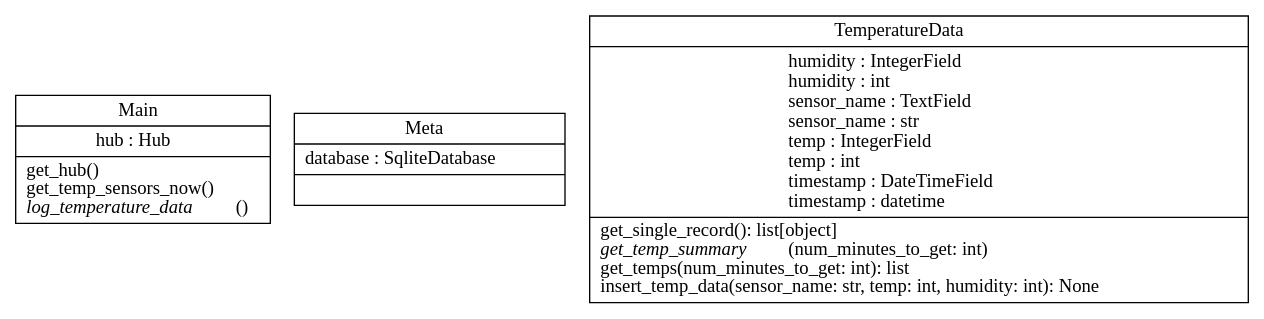
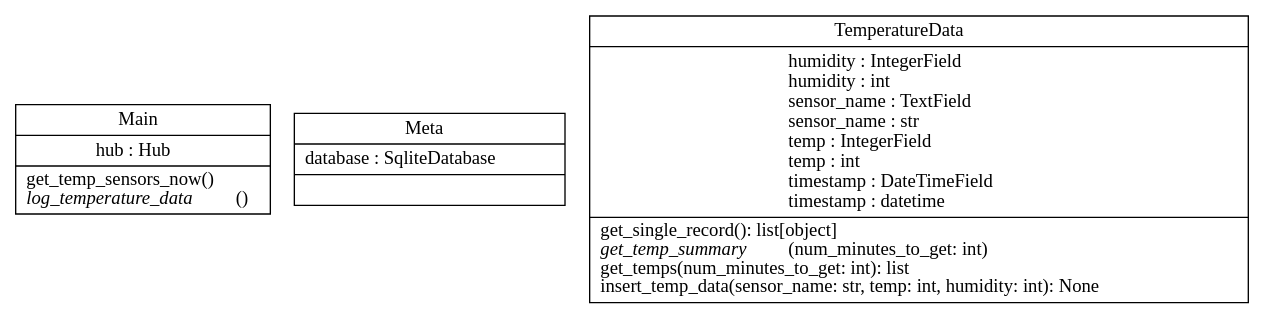
The diagram in docs/classes.dot (Jelloeater/hubitat-temp-logger), drawn with Graphviz before and after one commit. The commit also changed 3 other files, not shown here.

```diff
--- a/docs/classes.dot
+++ b/docs/classes.dot
@@ -1,7 +1,7 @@
 digraph "classes" {
 rankdir=BT
 charset="utf-8"
-"temp_logger.__main__.Main" [color="black", fontcolor="black", label=<{Main|hub : Hub<br ALIGN="LEFT"/>|get_hub()<br ALIGN="LEFT"/>get_temp_sensors_now()<br ALIGN="LEFT"/><I>log_temperature_data</I>()<br ALIGN="LEFT"/>}>, shape="record", style="solid"];
+"temp_logger.__main__.Main" [color="black", fontcolor="black", label=<{Main|hub : Hub<br ALIGN="LEFT"/>|get_temp_sensors_now()<br ALIGN="LEFT"/><I>log_temperature_data</I>()<br ALIGN="LEFT"/>}>, shape="record", style="solid"];
 "temp_logger.db.TemperatureData.Meta" [color="black", fontcolor="black", label=<{Meta|database : SqliteDatabase<br ALIGN="LEFT"/>|}>, shape="record", style="solid"];
 "temp_logger.db.TemperatureData" [color="black", fontcolor="black", label=<{TemperatureData|humidity : IntegerField<br ALIGN="LEFT"/>humidity : int<br ALIGN="LEFT"/>sensor_name : TextField<br ALIGN="LEFT"/>sensor_name : str<br ALIGN="LEFT"/>temp : IntegerField<br ALIGN="LEFT"/>temp : int<br ALIGN="LEFT"/>timestamp : DateTimeField<br ALIGN="LEFT"/>timestamp : datetime<br ALIGN="LEFT"/>|get_single_record(): list[object]<br ALIGN="LEFT"/><I>get_temp_summary</I>(num_minutes_to_get: int)<br ALIGN="LEFT"/>get_temps(num_minutes_to_get: int): list<br ALIGN="LEFT"/>insert_temp_data(sensor_name: str, temp: int, humidity: int): None<br ALIGN="LEFT"/>}>, shape="record", style="solid"];
 }
```
